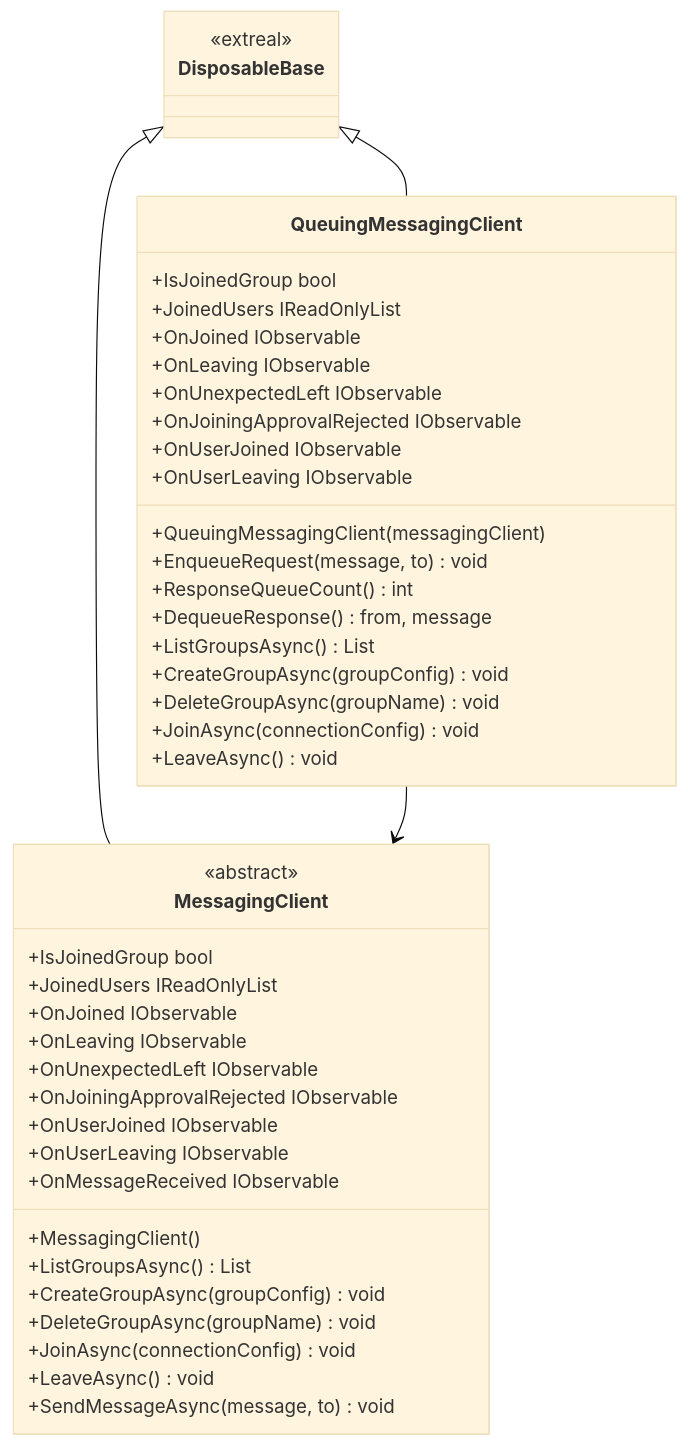
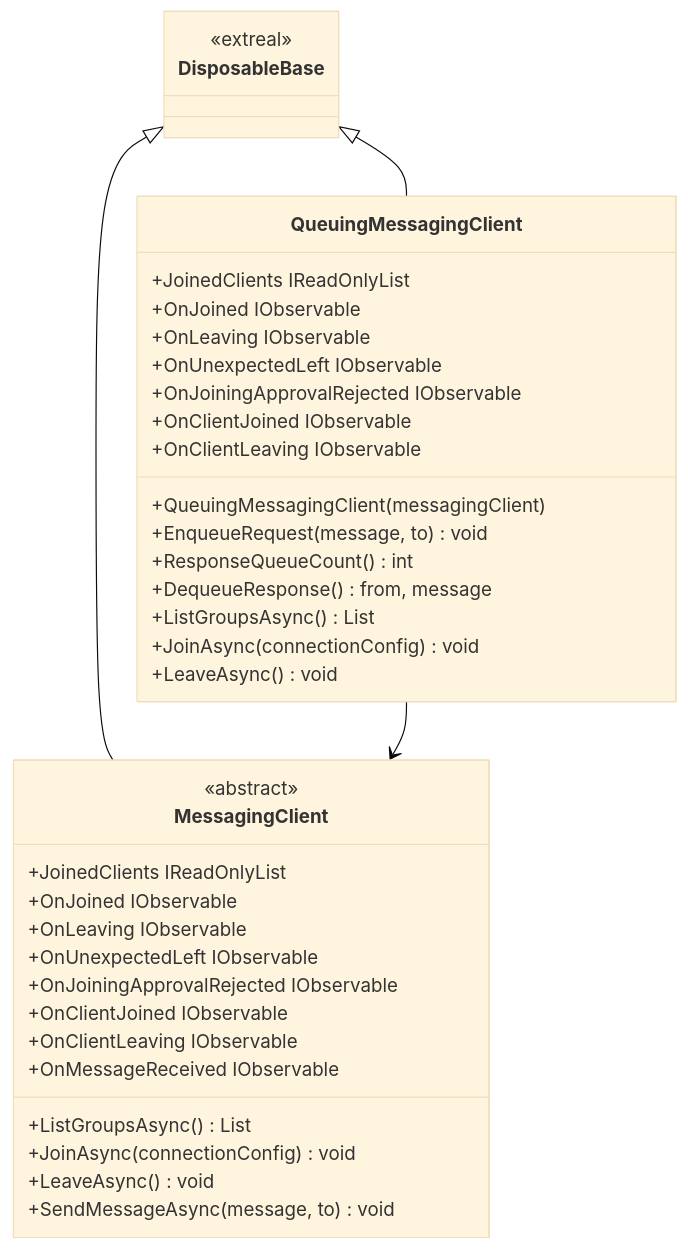
Before and after one commit to extreal-dev/Extreal.Guide: the first of 3 diagrams in docs/integration/messaging.md, drawn with Mermaid (base theme). The commit also changed other lines of this file, not shown here.

Commit message:
Modify "Architecture" and "Installation" to meet code changes

````diff
--- a/docs/integration/messaging.md
+++ b/docs/integration/messaging.md
@@ -36,56 +36,48 @@
 ```mermaid
 classDiagram
 
     DisposableBase <|-- MessagingClient
     DisposableBase <|-- QueuingMessagingClient
     QueuingMessagingClient --> MessagingClient
     
     class MessagingClient {
         <<abstract>>
-        +IsJoinedGroup bool
-        +JoinedUsers IReadOnlyList
+        +JoinedClients IReadOnlyList
         +OnJoined IObservable
         +OnLeaving IObservable
         +OnUnexpectedLeft IObservable
         +OnJoiningApprovalRejected IObservable
-        +OnUserJoined IObservable
-        +OnUserLeaving IObservable
+        +OnClientJoined IObservable
+        +OnClientLeaving IObservable
         +OnMessageReceived IObservable
 
-        +MessagingClient()
-
         +ListGroupsAsync() List
-        +CreateGroupAsync(groupConfig) void
-        +DeleteGroupAsync(groupName) void
         +JoinAsync(connectionConfig) void
         +LeaveAsync() void
         +SendMessageAsync(message, to) void
     }
 
     class QueuingMessagingClient {
-        +IsJoinedGroup bool
-        +JoinedUsers IReadOnlyList
+        +JoinedClients IReadOnlyList
         +OnJoined IObservable
         +OnLeaving IObservable
         +OnUnexpectedLeft IObservable
         +OnJoiningApprovalRejected IObservable
-        +OnUserJoined IObservable
-        +OnUserLeaving IObservable
+        +OnClientJoined IObservable
+        +OnClientLeaving IObservable
 
         +QueuingMessagingClient(messagingClient)
 
         +EnqueueRequest(message, to) void
         +ResponseQueueCount() int
         +DequeueResponse() from, message
 
         +ListGroupsAsync() List
-        +CreateGroupAsync(groupConfig) void
-        +DeleteGroupAsync(groupName) void
         +JoinAsync(connectionConfig) void
         +LeaveAsync() void
     }
     
     class DisposableBase {
         <<extreal>>
     }
 ```
````
